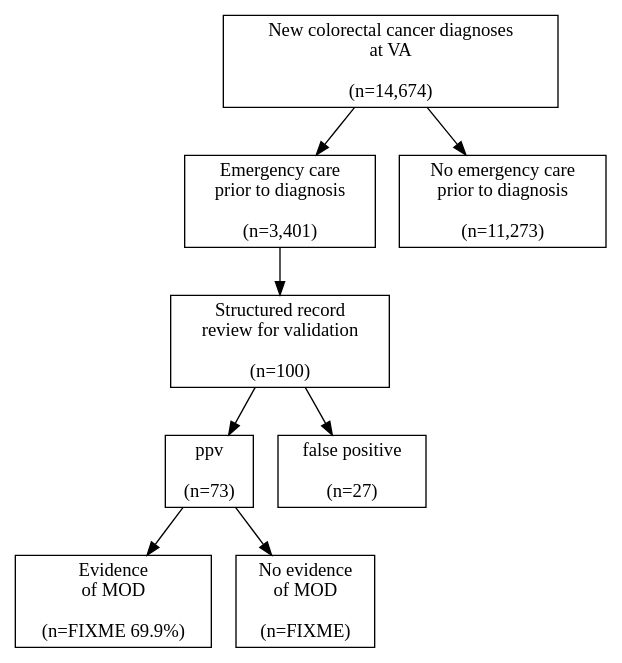
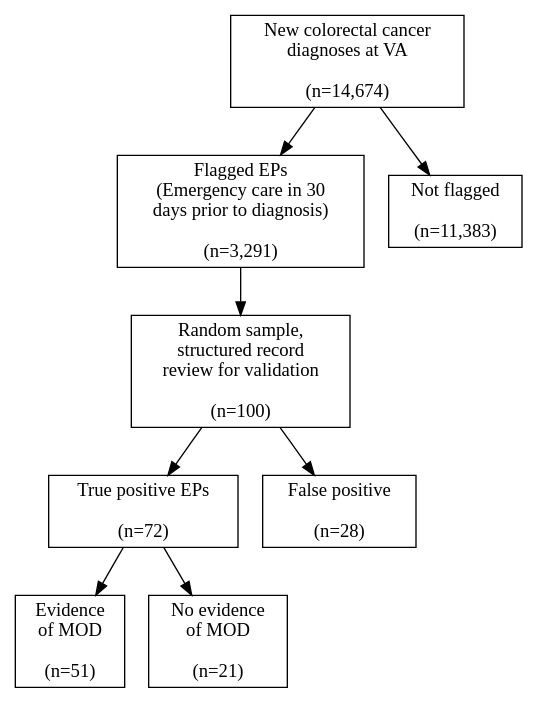
One commit to zimolzak/MooreMeasures changed the diagram in consort.dot. Above: the diagram before and after it, drawn with Graphviz.

```diff
--- a/consort.dot
+++ b/consort.dot
@@ -1,21 +1,25 @@
 digraph{
 
-cancer_dx[shape=rectangle, label="New colorectal cancer diagnoses\nat VA\n\n(n=14,674)"]
-emerg[shape=rectangle, label="Emergency care\nprior to diagnosis\n\n(n=3,401)"]
-no_emerg[shape=rectangle, label="No emergency care\nprior to diagnosis\n\n(n=11,273)"]
+cancer_dx[shape=rectangle, label="New colorectal cancer\ndiagnoses at VA\n\n(n=14,674)"]
+emerg[shape=rectangle, label="Flagged EPs\n(Emergency care in 30\ndays prior to diagnosis)\n\n(n=3,291)"]
+no_emerg[shape=rectangle, label="Not flagged\n\n(n=11,383)"]
+
 cancer_dx -> emerg
 cancer_dx -> no_emerg
 
-review_sample[shape=rectangle, label="Structured record\nreview for validation\n\n(n=100)"]
+review_sample[shape=rectangle, label="Random sample,\nstructured record\nreview for validation\n\n(n=100)"]
+
 emerg -> review_sample
 
-ppv[shape=rectangle, label="ppv\n\n(n=73)"]
-fp[shape=rectangle, label="false positive\n\n(n=27)"]
+ppv[shape=rectangle, label="True positive EPs\n\n(n=72)"]
+fp[shape=rectangle, label="False positive\n\n(n=28)"]
+
 review_sample -> ppv
 review_sample -> fp
 
-yes_MOD[shape=rectangle, label="Evidence\nof MOD\n\n(n=FIXME 69.9%)"]
-no_MOD[shape=rectangle, label="No evidence\nof MOD\n\n(n=FIXME)"]
+yes_MOD[shape=rectangle, label="Evidence\nof MOD\n\n(n=51)"]
+no_MOD[shape=rectangle, label="No evidence\nof MOD\n\n(n=21)"]
+
 ppv -> yes_MOD
 ppv -> no_MOD
 }
```
